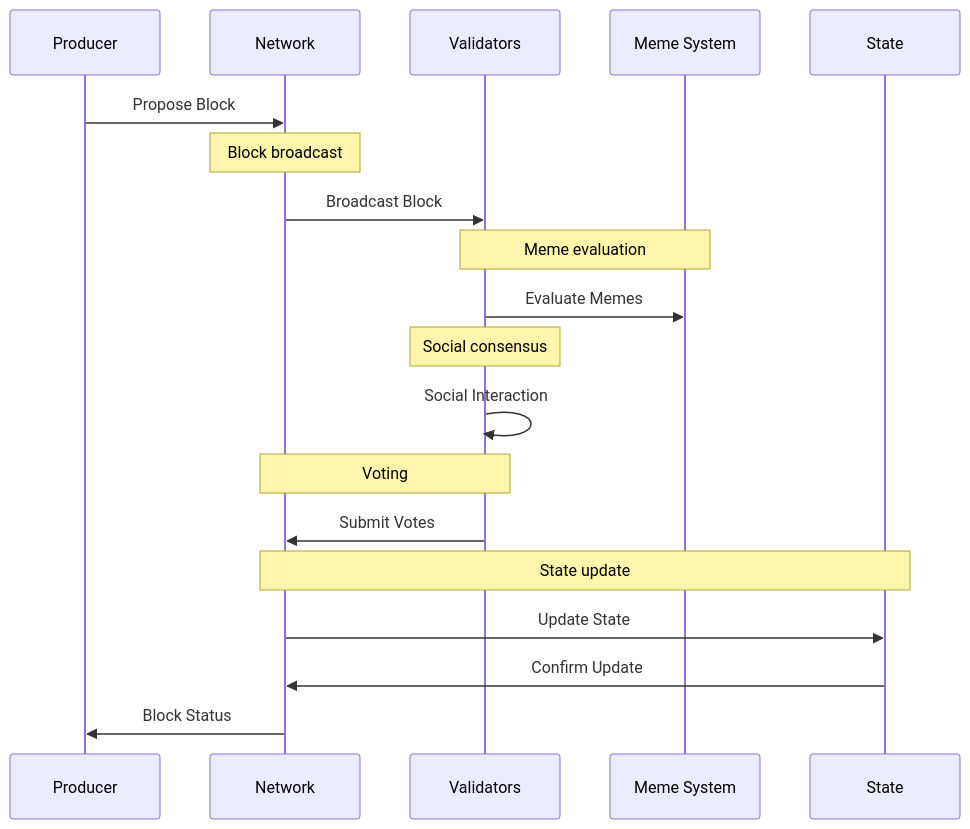
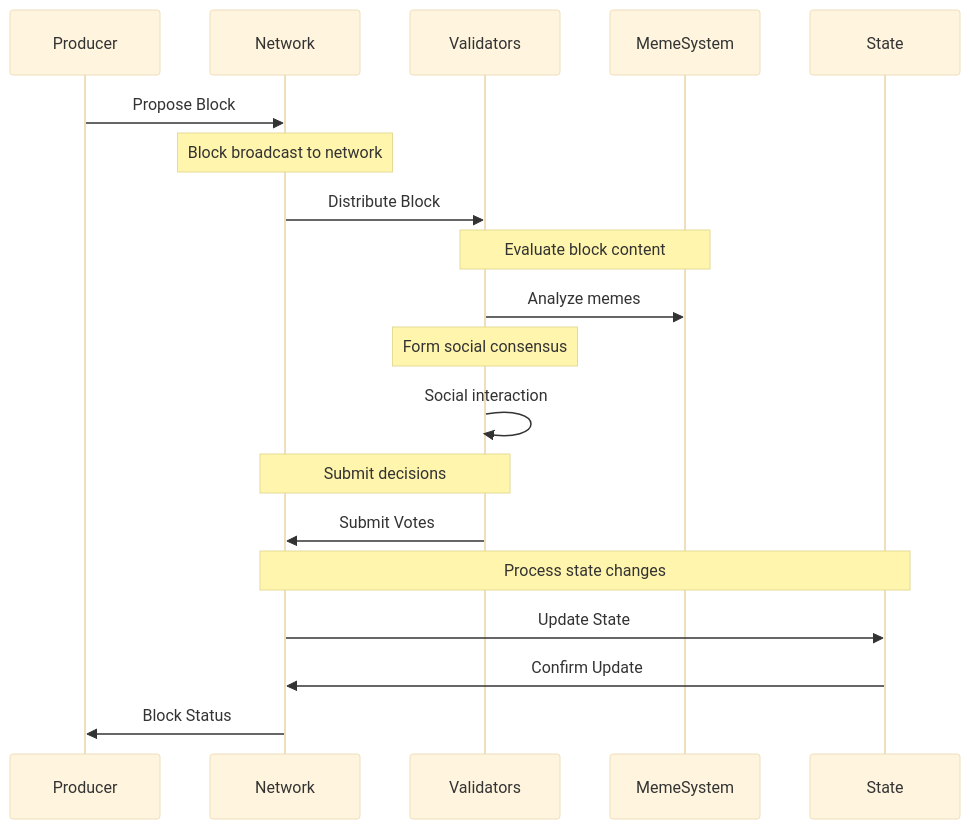
Before and after one commit to SumeetChougule/chaoschain: the third of 6 diagrams in docs/introduction/architecture.md, drawn with Mermaid. The commit also changed other lines of this file, not shown here.

Commit message:
Update architecture diagrams with clean, professional design for workshop presentation

````diff
--- a/docs/introduction/architecture.md
+++ b/docs/introduction/architecture.md
@@ -111,22 +103,23 @@
 ```mermaid
+%%{init: {'theme': 'base', 'themeVariables': { 'fontSize': '16px', 'fontFamily': 'arial' }}}%%
 sequenceDiagram
-    participant P as Producer
-    participant N as Network
-    participant V as Validators
-    participant M as Meme System
-    participant S as State
+    participant Producer
+    participant Network
+    participant Validators
+    participant MemeSystem
+    participant State
 
-    P->>N: Propose Block
-    Note over N: Block broadcast
-    N->>V: Broadcast Block
-    Note over V,M: Meme evaluation
-    V->>M: Evaluate Memes
-    Note over V: Social consensus
-    V->>V: Social Interaction
-    Note over V,N: Voting
-    V->>N: Submit Votes
-    Note over N,S: State update
-    N->>S: Update State
-    S->>N: Confirm Update
-    N->>P: Block Status
+    Producer->>Network: Propose Block
+    Note over Network: Block broadcast to network
+    Network->>Validators: Distribute Block
+    Note over Validators,MemeSystem: Evaluate block content
+    Validators->>MemeSystem: Analyze memes
+    Note over Validators: Form social consensus
+    Validators->>Validators: Social interaction
+    Note over Validators,Network: Submit decisions
+    Validators->>Network: Submit Votes
+    Note over Network,State: Process state changes
+    Network->>State: Update State
+    State->>Network: Confirm Update
+    Network->>Producer: Block Status
 ```
````
